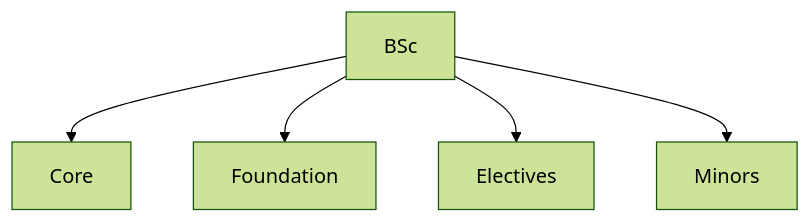
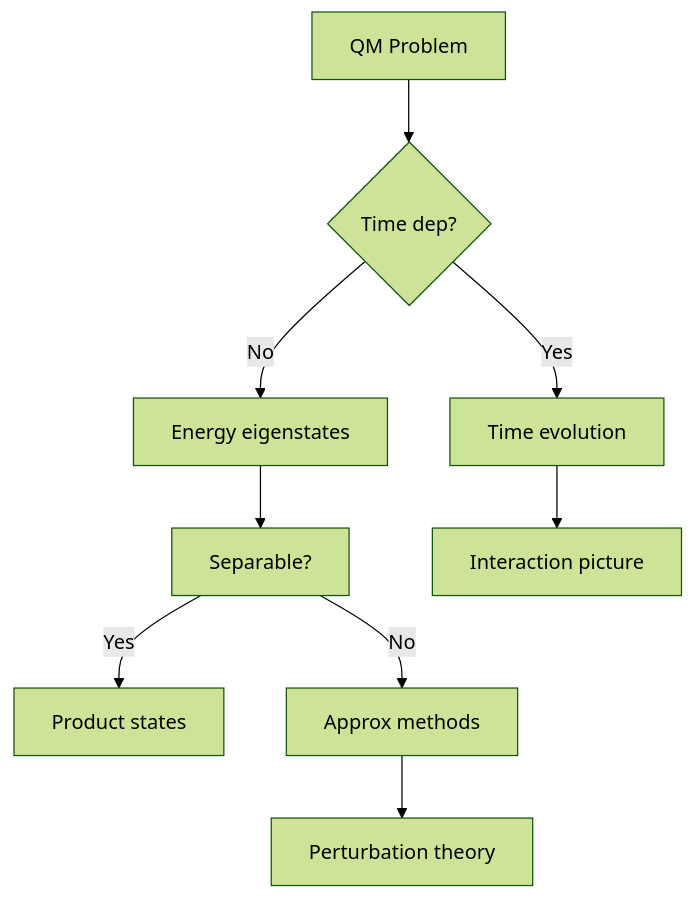
One commit to yip-lgtm/PhysicsSelfStudy changed the third of 5 diagrams in 04_MPhil_PhD_Prep/qualifying_exam_practice/README.md. Above: the diagram before and after it, drawn with Mermaid (forest theme). The commit also changed other lines of this file and 4 other files, not shown here.

````diff
--- a/04_MPhil_PhD_Prep/qualifying_exam_practice/README.md
+++ b/04_MPhil_PhD_Prep/qualifying_exam_practice/README.md
@@ -120,7 +580,11 @@
 ```mermaid
 graph TD
-    A[BSc] --> B[Core]
-    A --> C[Foundation]
-    A --> D[Electives]
-    A --> E[Minors]
+    A[QM Problem] --> B{Time dep?}
+    B -->|No| C[Energy eigenstates]
+    B -->|Yes| D[Time evolution]
+    C --> E[Separable?]
+    E -->|Yes| F[Product states]
+    E -->|No| G[Approx methods]
+    D --> H[Interaction picture]
+    G --> I[Perturbation theory]
 ```
````
